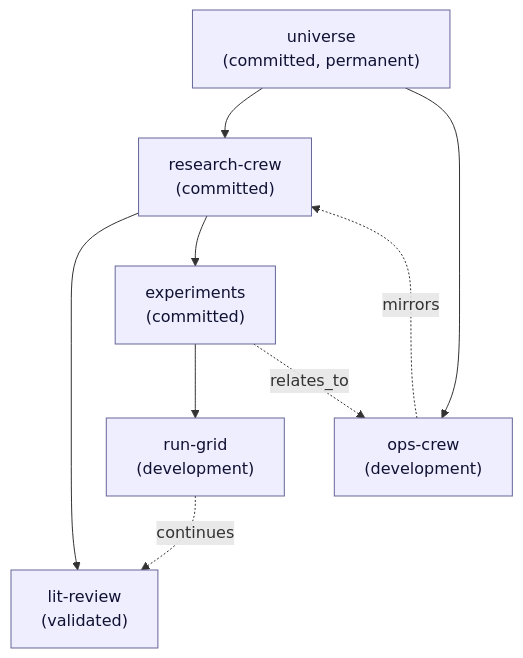
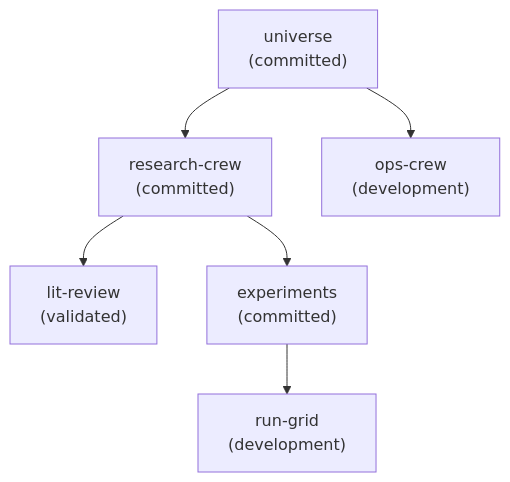
The first of 3 diagrams in docs/architecture/workareas.md (e8kor/open-memory-lab), drawn with Mermaid before and after one commit. The commit also changed other lines of this file and 67 other files, not shown here.

````diff
--- a/docs/architecture/workareas.md
+++ b/docs/architecture/workareas.md
@@ -62,22 +25,14 @@
 ```mermaid
 flowchart TD
-    U["universe<br/>(committed, permanent)"]
+    U["universe<br/>(committed)"]
     RC["research-crew<br/>(committed)"]
     OC["ops-crew<br/>(development)"]
     LR["lit-review<br/>(validated)"]
     EX["experiments<br/>(committed)"]
     RG["run-grid<br/>(development)"]
-
     U --> RC
     U --> OC
     RC --> LR
     RC --> EX
     EX --> RG
-
-    EX -. "relates_to" .-> OC
-    RG -. "continues" .-> LR
-    OC -. "mirrors" .-> RC
-
-    classDef tree fill:#eef,stroke:#669,color:#113;
-    class U,RC,OC,LR,EX,RG tree;
 ```
````
